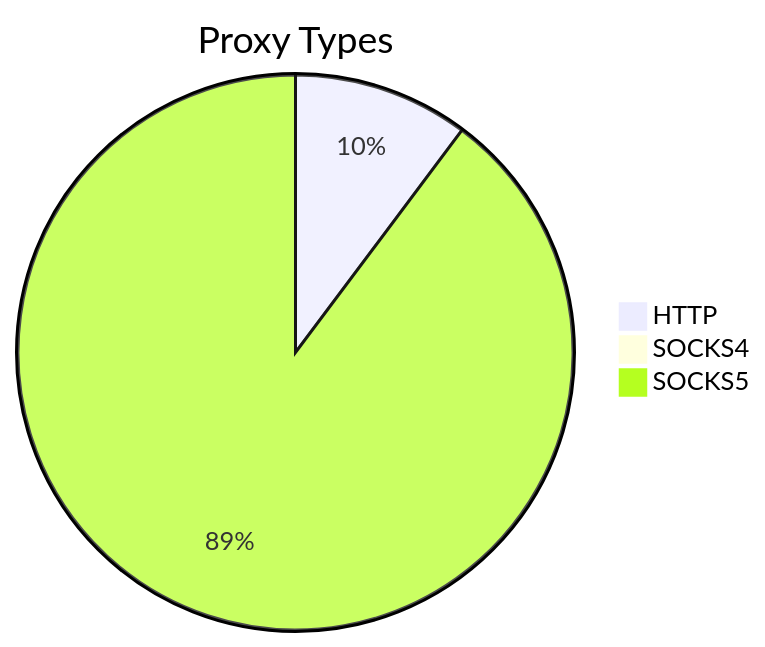
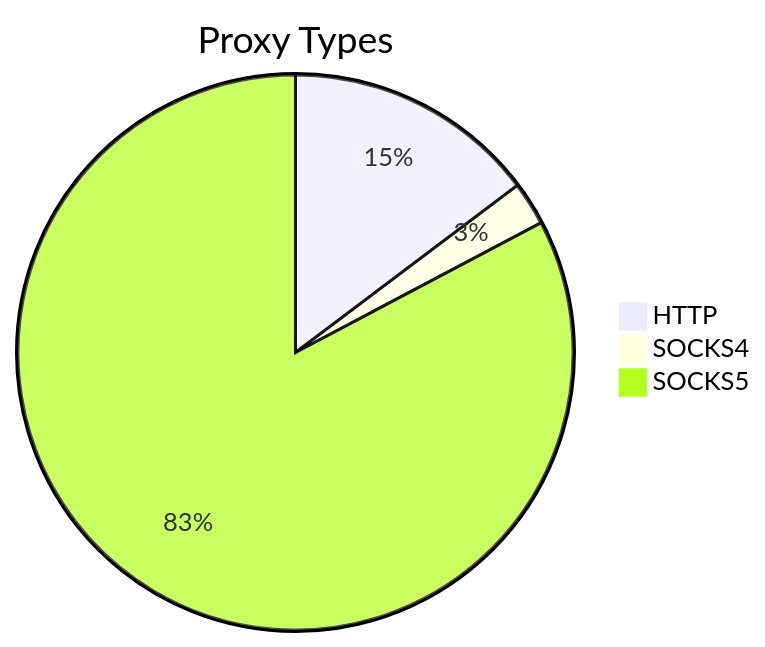
The first of 2 diagrams in README.md (stormsia/proxy-list), drawn with Mermaid before and after one commit. The commit also changed other lines of this file, not shown here.

````diff
--- a/README.md
+++ b/README.md
@@ -21,6 +21,6 @@
 ```mermaid
 pie title Proxy Types
-    "HTTP" : 258
-    "SOCKS4" : 9
-    "SOCKS5" : 2264
+    "HTTP" : 197
+    "SOCKS4" : 34
+    "SOCKS5" : 1107
 ```
````
